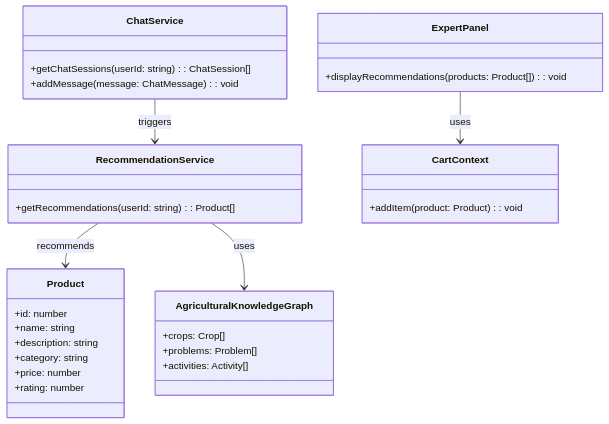
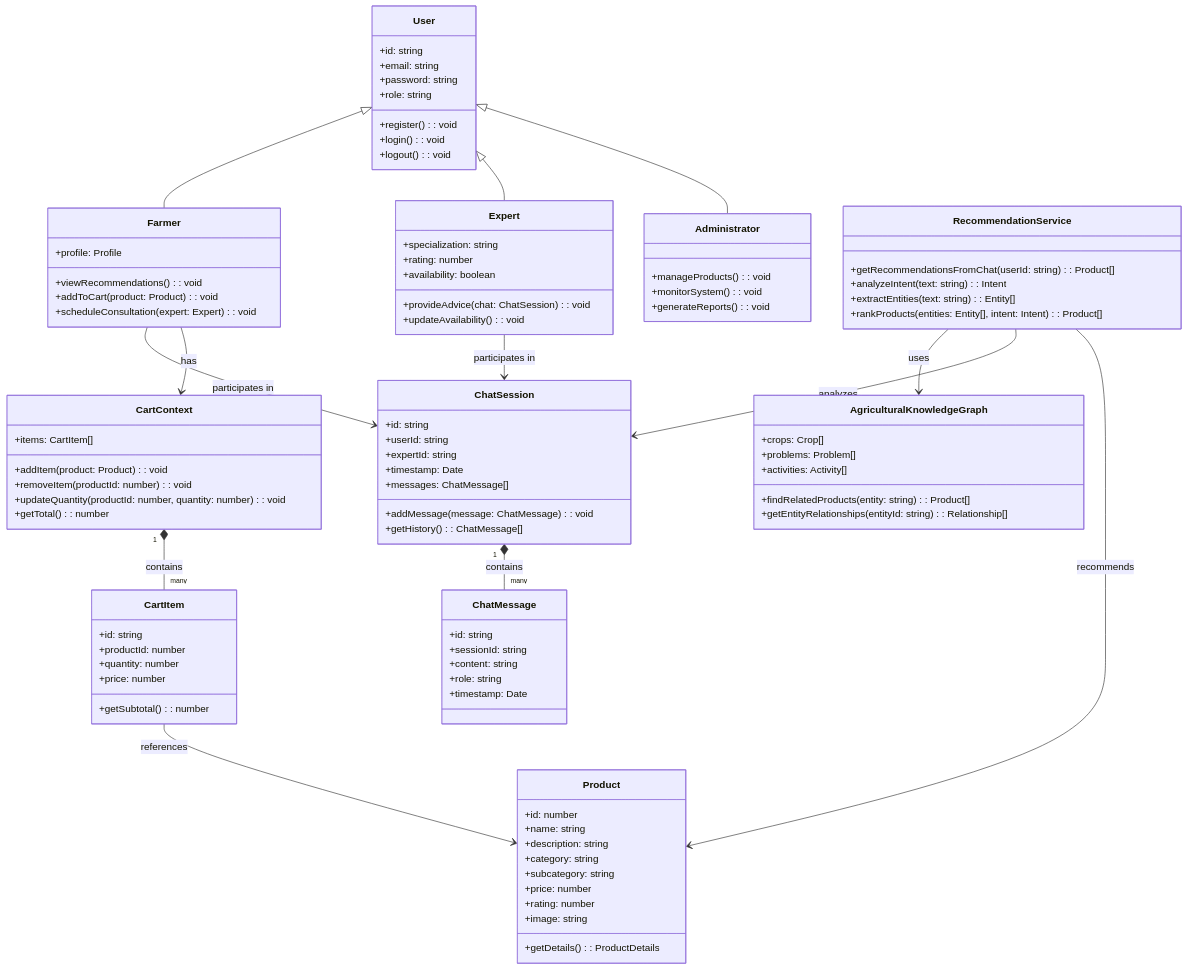
The second of 7 diagrams in documentation/digram.md (Gauravkrsah/Cropsay), drawn with Mermaid before and after one commit. The commit also changed other lines of this file, not shown here.

Commit message:
Update diagrams to follow proper UML standards with more accurate system representation

````diff
--- a/documentation/digram.md
+++ b/documentation/digram.md
@@ -83,39 +186,111 @@
 ```mermaid
 classDiagram
+    class User {
+        +id: string
+        +email: string
+        +password: string
+        +role: string
+        +register(): void
+        +login(): void
+        +logout(): void
+    }
+    
+    class Farmer {
+        +profile: Profile
+        +viewRecommendations(): void
+        +addToCart(product: Product): void
+        +scheduleConsultation(expert: Expert): void
+    }
+    
+    class Expert {
+        +specialization: string
+        +rating: number
+        +availability: boolean
+        +provideAdvice(chat: ChatSession): void
+        +updateAvailability(): void
+    }
+    
+    class Administrator {
+        +manageProducts(): void
+        +monitorSystem(): void
+        +generateReports(): void
+    }
+    
     class Product {
         +id: number
         +name: string
         +description: string
         +category: string
+        +subcategory: string
         +price: number
         +rating: number
+        +image: string
+        +getDetails(): ProductDetails
     }
     
     class AgriculturalKnowledgeGraph {
         +crops: Crop[]
         +problems: Problem[]
         +activities: Activity[]
+        +findRelatedProducts(entity: string): Product[]
+        +getEntityRelationships(entityId: string): Relationship[]
+    }
+    
+    class ChatSession {
+        +id: string
+        +userId: string
+        +expertId: string
+        +timestamp: Date
+        +messages: ChatMessage[]
+        +addMessage(message: ChatMessage): void
+        +getHistory(): ChatMessage[]
+    }
+    
+    class ChatMessage {
+        +id: string
+        +sessionId: string
+        +content: string
+        +role: string
+        +timestamp: Date
     }
     
     class RecommendationService {
-        +getRecommendations(userId: string): Product[]
-    }
-    
-    class ChatService {
-        +getChatSessions(userId: string): ChatSession[]
-        +addMessage(message: ChatMessage): void
-    }
-    
-    class ExpertPanel {
-        +displayRecommendations(products: Product[]): void
+        +getRecommendationsFromChat(userId: string): Product[]
+        +analyzeIntent(text: string): Intent
+        +extractEntities(text: string): Entity[]
+        +rankProducts(entities: Entity[], intent: Intent): Product[]
     }
     
     class CartContext {
+        +items: CartItem[]
         +addItem(product: Product): void
+        +removeItem(productId: number): void
+        +updateQuantity(productId: number, quantity: number): void
+        +getTotal(): number
     }
     
+    class CartItem {
+        +id: string
+        +productId: number
+        +quantity: number
+        +price: number
+        +getSubtotal(): number
+    }
+    
+    User <|-- Farmer
+    User <|-- Expert
+    User <|-- Administrator
+    
+    Farmer --> ChatSession: participates in
+    Expert --> ChatSession: participates in
+    
+    ChatSession "1" *-- "many" ChatMessage: contains
+    
+    Farmer --> CartContext: has
+    CartContext "1" *-- "many" CartItem: contains
+    CartItem --> Product: references
+    
+    RecommendationService --> AgriculturalKnowledgeGraph: uses
+    RecommendationService --> ChatSession: analyzes
     RecommendationService --> Product: recommends
-    RecommendationService --> AgriculturalKnowledgeGraph: uses
-    ExpertPanel --> CartContext: uses
-    ChatService --> RecommendationService: triggers
 ```
````
